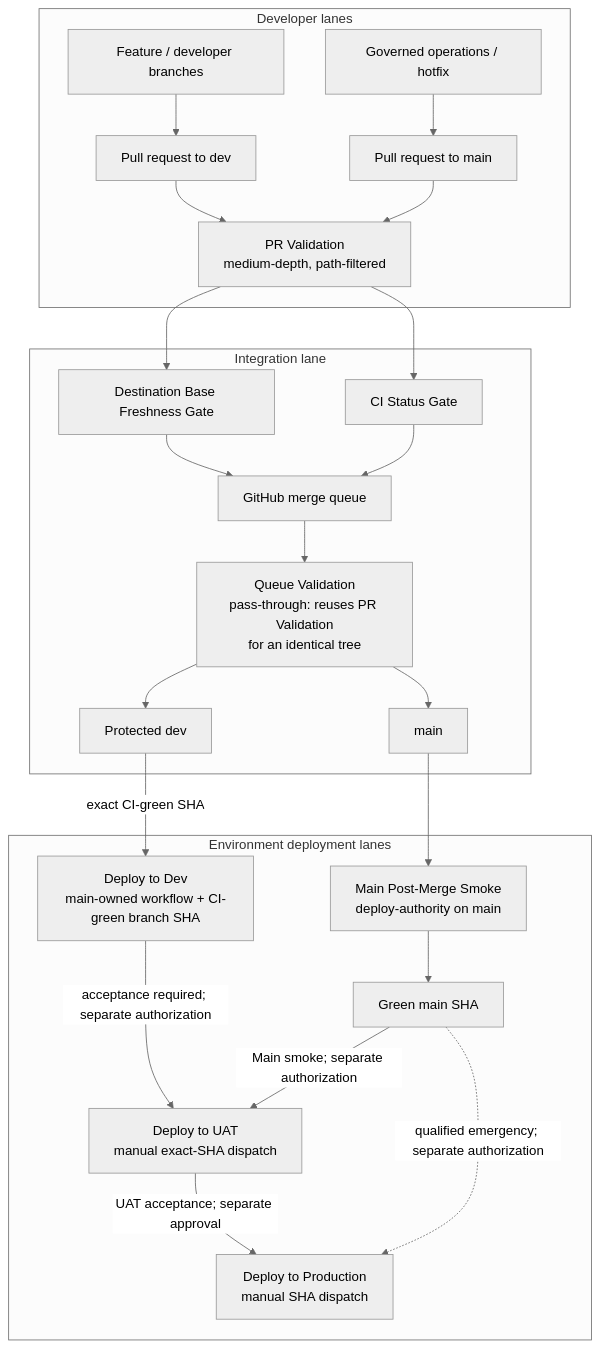
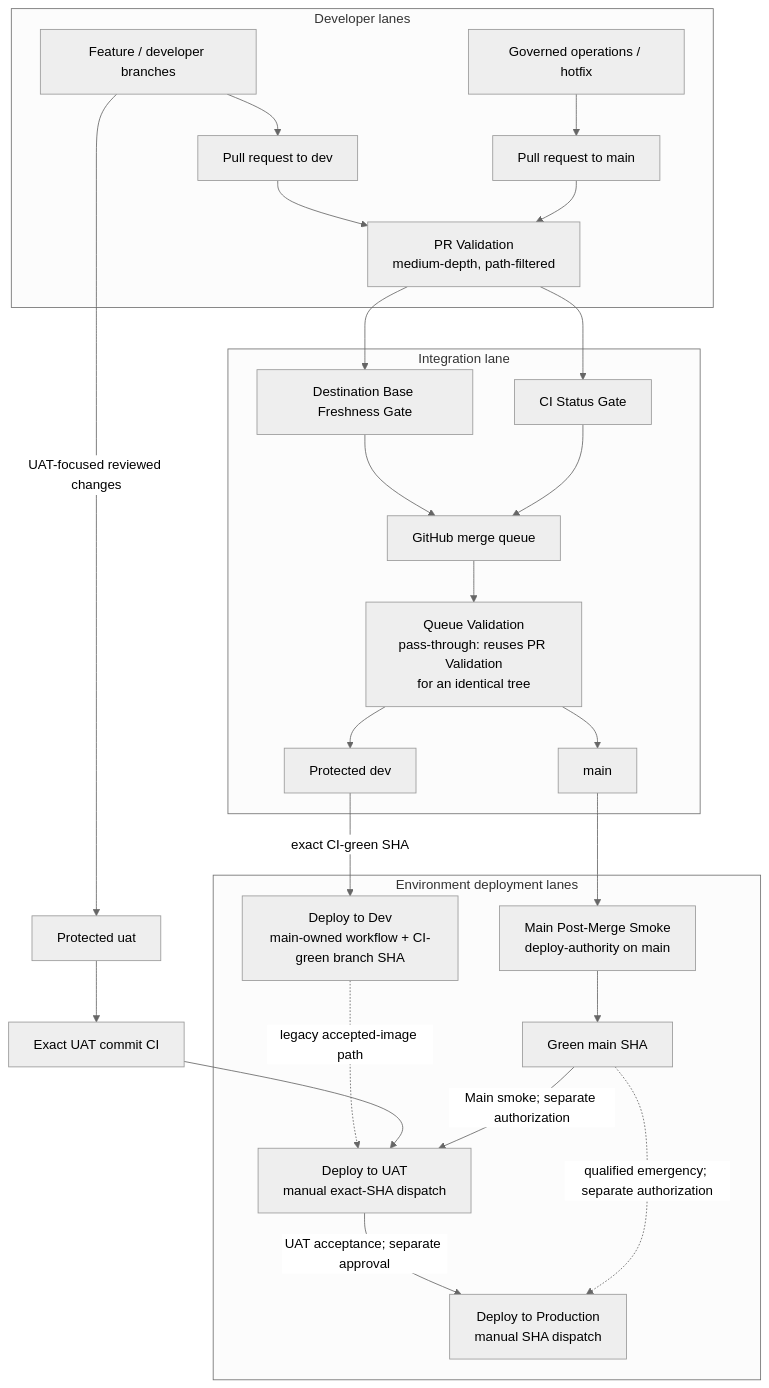
Before and after one commit to hushh-labs/hushh-research: the diagram in docs/reference/operations/ci.md, drawn with Mermaid (neutral theme). The commit also changed other lines of this file and 21 other files, not shown here.

Commit message:
Checkpoint direct UAT admission through exact CI and retained release receipts

````diff
--- a/docs/reference/operations/ci.md
+++ b/docs/reference/operations/ci.md
@@ -13,41 +13,43 @@
 ```mermaid
 flowchart TB
   subgraph dev["Developer lanes"]
     feat["Feature / developer branches"]
     ops["Governed operations / hotfix"]
     prdev["Pull request to dev"]
     prmain["Pull request to main"]
     prci["PR Validation<br/>medium-depth, path-filtered"]
   end
 
   subgraph integration["Integration lane"]
     freshness["Destination Base Freshness Gate"]
     status["CI Status Gate"]
     queueci["Queue Validation<br/>pass-through: reuses PR Validation<br/>for an identical tree"]
     queue["GitHub merge queue"]
     devbranch["Protected dev"]
     main["main"]
   end
 
   subgraph release["Environment deployment lanes"]
     devdeploy["Deploy to Dev<br/>main-owned workflow + CI-green branch SHA"]
     green["Green main SHA"]
     smoke["Main Post-Merge Smoke<br/>deploy-authority on main"]
     uat["Deploy to UAT<br/>manual exact-SHA dispatch"]
     prod["Deploy to Production<br/>manual SHA dispatch"]
   end
 
   feat --> prdev --> prci
   ops --> prmain --> prci
   prci --> freshness
   prci --> status
   freshness --> queue
   status --> queue
   queue --> queueci
   queueci --> devbranch -->|"exact CI-green SHA"| devdeploy
   queueci --> main --> smoke --> green
-  devdeploy -->|"acceptance required; separate authorization"| uat
+  devdeploy -.->|"legacy accepted-image path"| uat
+  feat -->|"UAT-focused reviewed changes"| uatbranch["Protected uat"]
+  uatbranch --> exactuat["Exact UAT commit CI"] --> uat
   green -->|"Main smoke; separate authorization"| uat
   uat -->|"UAT acceptance; separate approval"| prod
   green -.->|"qualified emergency; separate authorization"| prod
 ```
````
